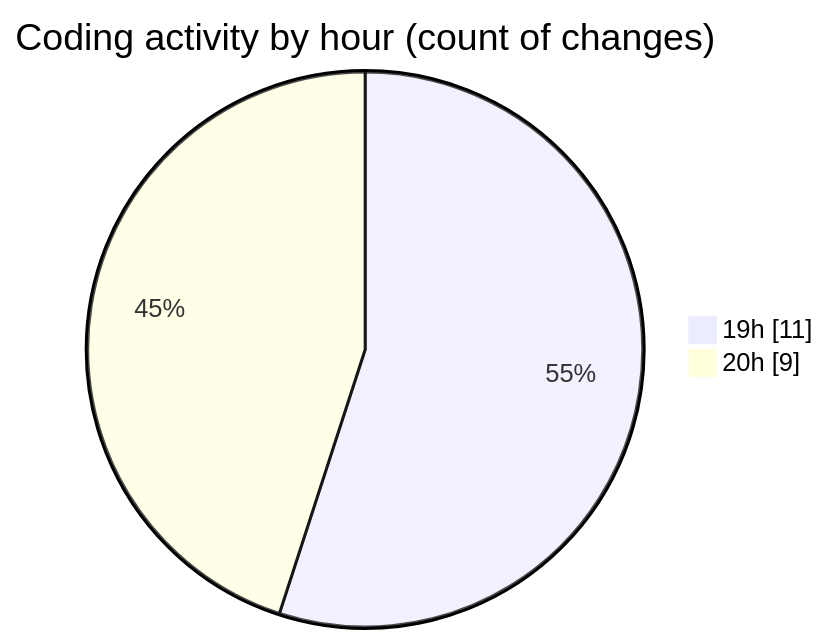
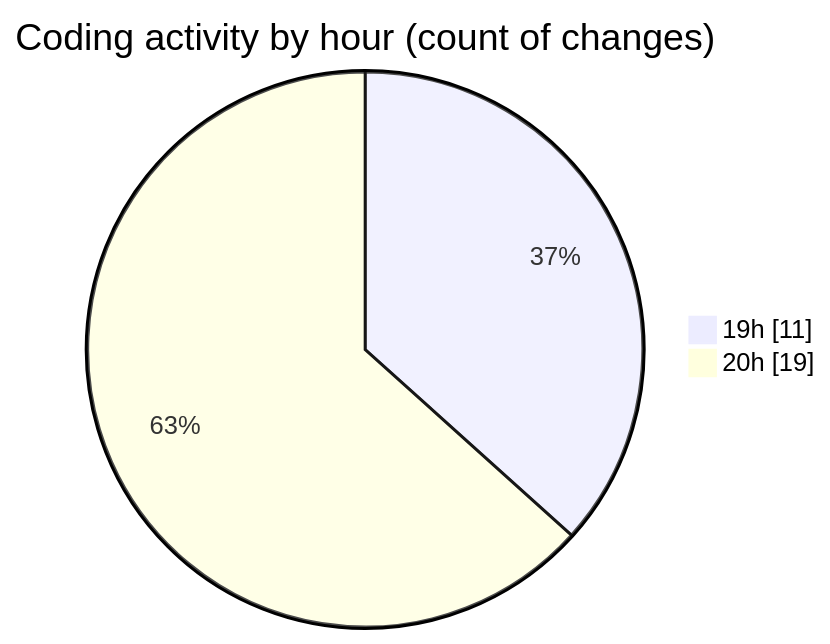
Before and after one commit to Netris89/code-tracking: the second of 2 diagrams in 2025-04-03/back-end/README.md, drawn with Mermaid. The commit also changed other lines of this file and 1 other file, not shown here.

````diff
--- a/2025-04-03/back-end/README.md
+++ b/2025-04-03/back-end/README.md
@@ -30,6 +30,6 @@
 ```mermaid
 pie showData
 title Coding activity by hour (count of changes)
 "19h" : 11
-"20h" : 9
+"20h" : 19
 ```
````
